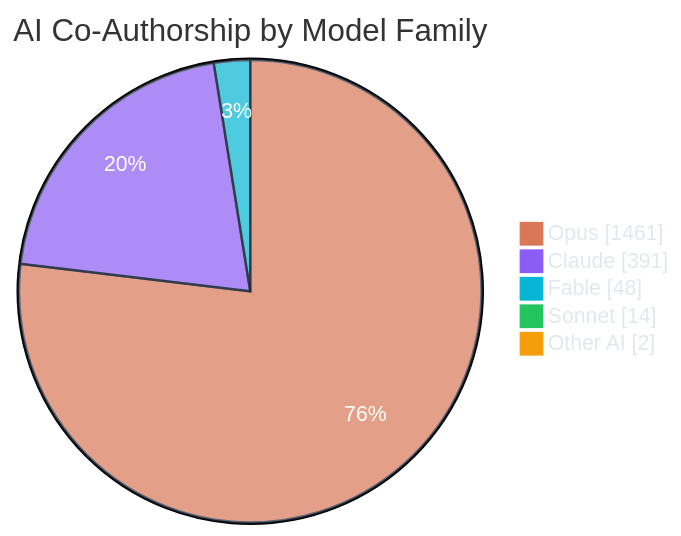
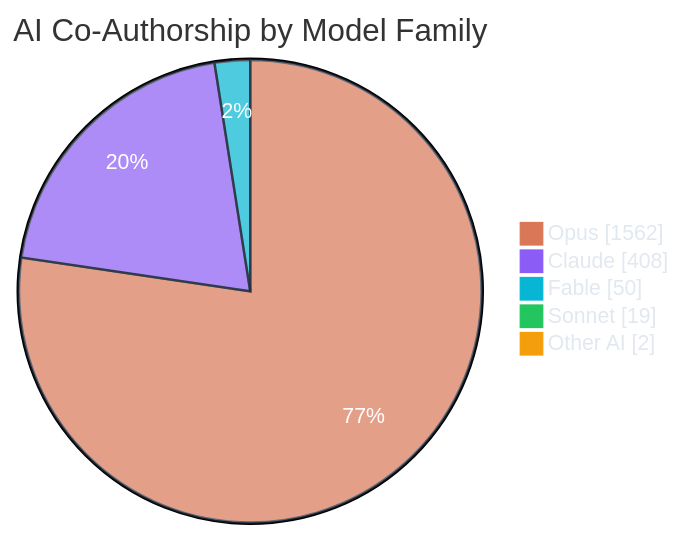
The third of 7 diagrams in README.md (polo-nyan/polo-nyan), drawn with Mermaid before and after one commit. The commit also changed other lines of this file and 1 other file, not shown here.

````diff
--- a/README.md
+++ b/README.md
@@ -279,10 +279,10 @@
 ```mermaid
 %%{init: {"theme": "base", "themeVariables": { "pie1": "#d97757", "pie2": "#8b5cf6", "pie3": "#06b6d4", "pie4": "#22c55e", "pie5": "#f59e0b", "pie6": "#ec4899", "pieTextColor": "#ffffff", "pieLegendTextColor": "#e2e8f0", "pieSectionTextColor": "#ffffff", "pieStrokeColor": "#1e293b" }}}%%
 pie showData
     title AI Co-Authorship by Model Family
-    "Opus" : 1461
-    "Claude" : 391
-    "Fable" : 48
-    "Sonnet" : 14
+    "Opus" : 1562
+    "Claude" : 408
+    "Fable" : 50
+    "Sonnet" : 19
     "Other AI" : 2
 ```
````
